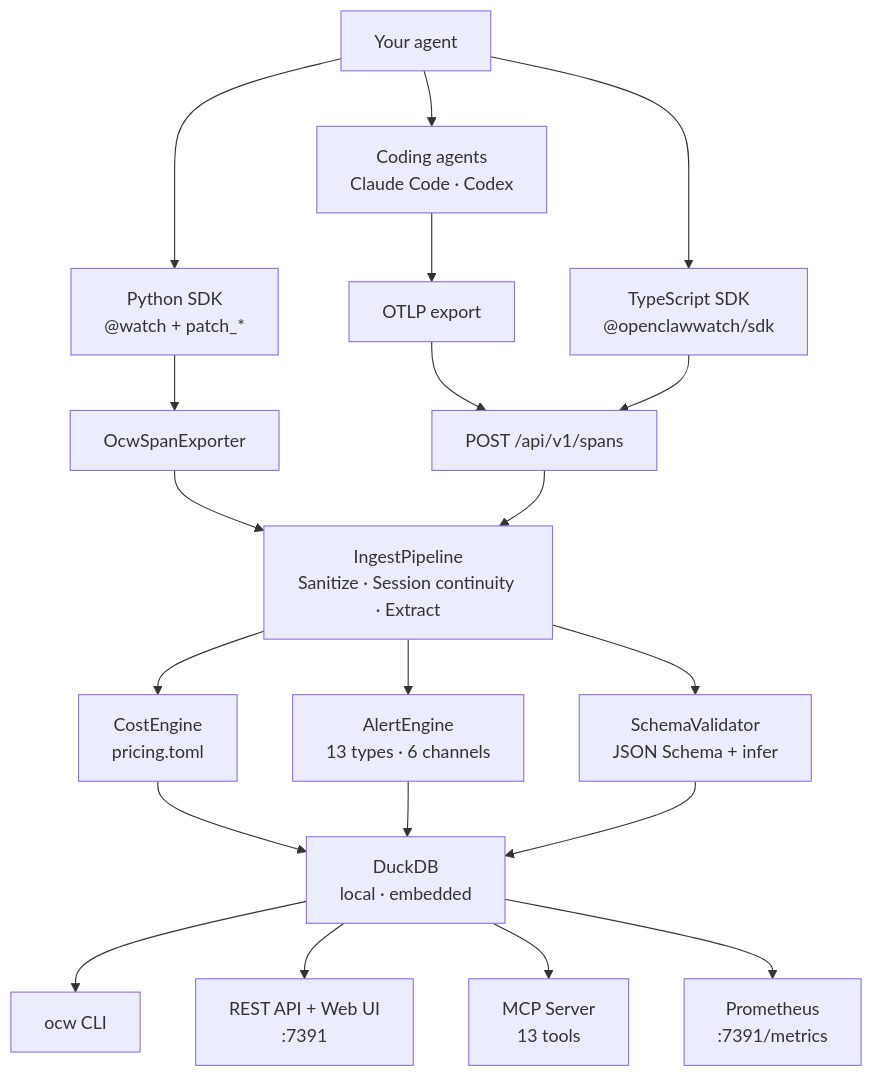
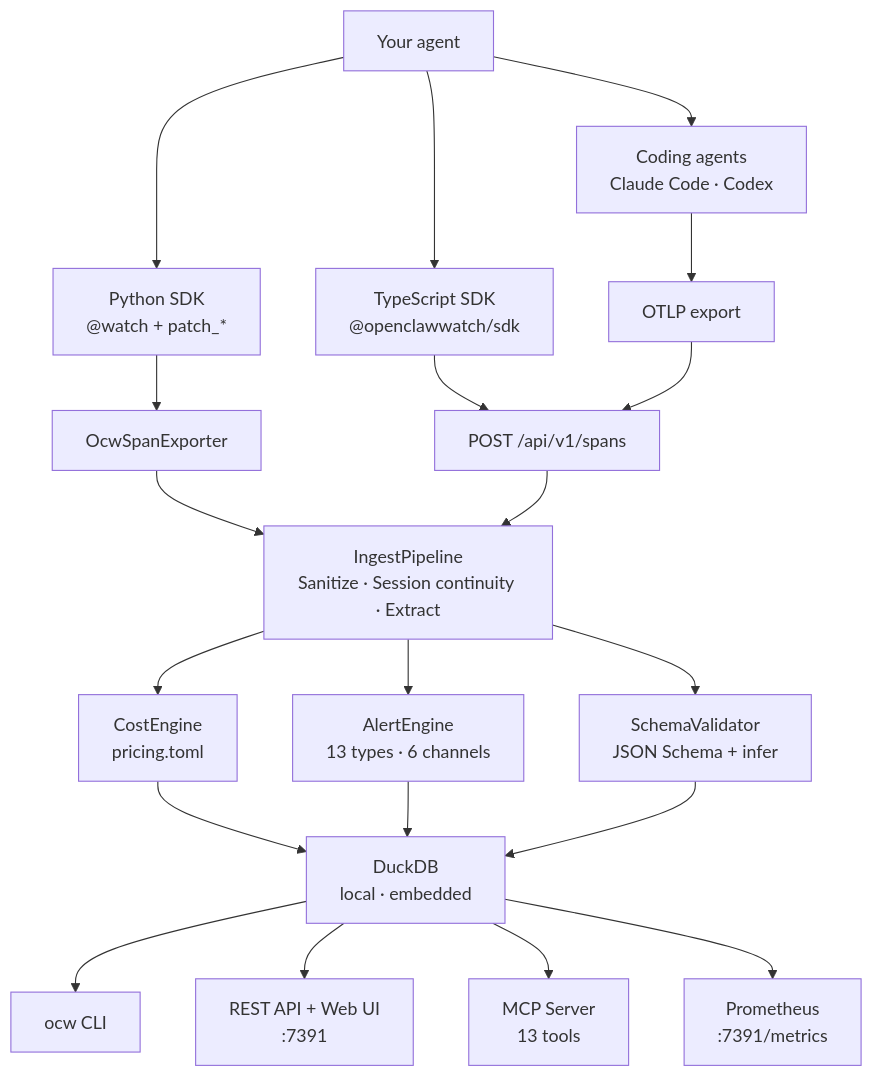
One commit to Metabuilder-Labs/openclawwatch changed the diagram in README.md. Above: the diagram before and after it, drawn with Mermaid. The commit also changed other lines of this file, not shown here.

First line of the commit message:
Fix alert type count (add session_duration) and mermaid forward-reference

````diff
--- a/README.md
+++ b/README.md
@@ -391,31 +391,31 @@
 ```mermaid
 flowchart TD
     Agent["Your agent"]
 
     Agent --> Terminal["Coding agents\nClaude Code · Codex"]
     Agent --> PythonSDK["Python SDK\n@watch + patch_*"]
     Agent --> TypeScriptSDK["TypeScript SDK\n@openclawwatch/sdk"]
 
     Terminal --> OTLP["OTLP export"]
-    OTLP --> HTTP
     PythonSDK --> Exporter["OcwSpanExporter"]
     TypeScriptSDK --> HTTP["POST /api/v1/spans"]
+    OTLP --> HTTP
 
     Exporter --> Ingest
     HTTP --> Ingest
 
     Ingest["IngestPipeline\nSanitize · Session continuity · Extract"]
 
     Ingest --> Cost["CostEngine\npricing.toml"]
     Ingest --> Alerts["AlertEngine\n13 types · 6 channels"]
     Ingest --> Schema["SchemaValidator\nJSON Schema + infer"]
 
     Cost --> DB["DuckDB\nlocal · embedded"]
     Alerts --> DB
     Schema --> DB
 
     DB --> CLI["ocw CLI"]
     DB --> API["REST API + Web UI\n:7391"]
     DB --> MCP["MCP Server\n13 tools"]
     DB --> Prom["Prometheus\n:7391/metrics"]
 ```
````
